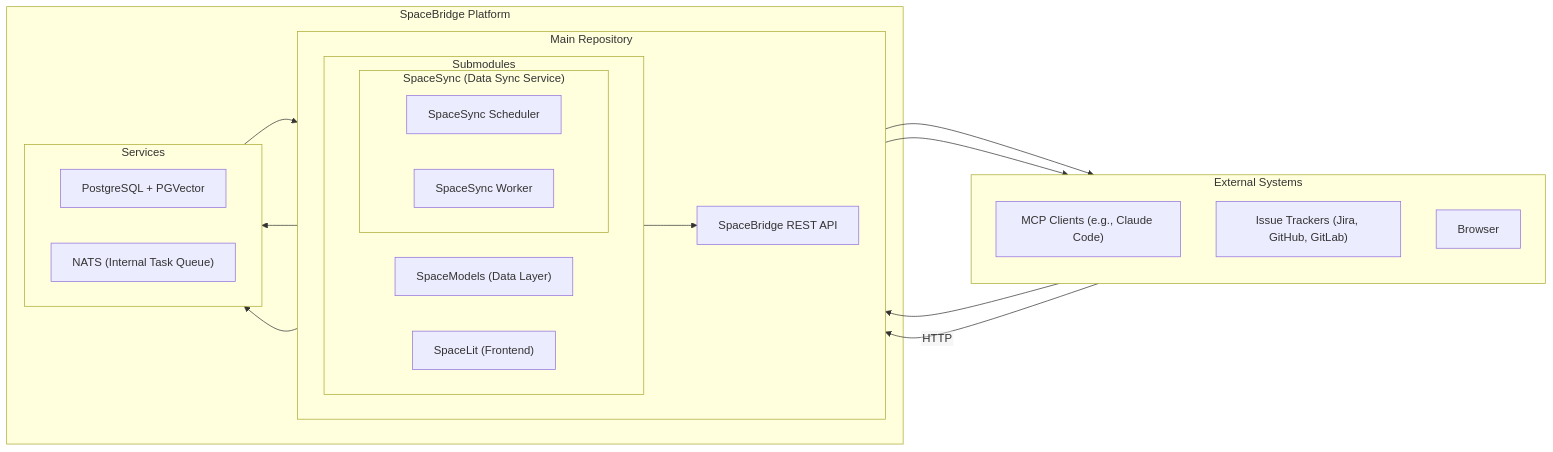
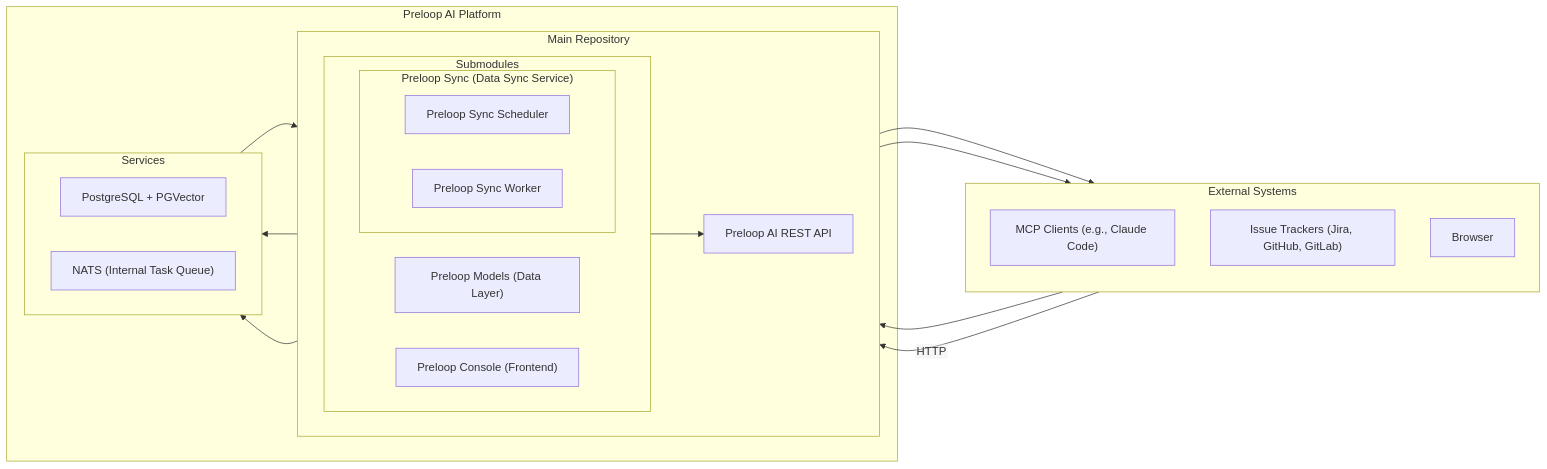
One commit to GiorgosAlexakis/preloop changed the first of 9 diagrams in ARCHITECTURE.md. Above: the diagram before and after it, drawn with Mermaid. The commit also changed other lines of this file and 819 other files, not shown here.

````diff
--- a/ARCHITECTURE.md
+++ b/ARCHITECTURE.md
@@ -9,42 +9,41 @@
 ```mermaid
 %%{init: {"flowchart": { "htmlLabels": false}} }%%
 graph LR
     subgraph "External Systems"
         direction TB
         MCP_Clients["MCP Clients (e.g., Claude Code)"]
         Issue_Trackers["Issue Trackers (Jira, GitHub, GitLab)"]
         Browser["Browser"]
     end
-    subgraph "SpaceBridge Platform"
+    subgraph "Preloop AI Platform"
         subgraph "Main Repository"
             direction LR
-            API["SpaceBridge REST API"]
-            API["SpaceBridge REST API"]
+            API["Preloop AI REST API"]
             subgraph "Submodules"
                 direction LR
-                SpaceModels["SpaceModels (Data Layer)"]
-                subgraph "SpaceSync (Data Sync Service)"
-                    Scheduler["SpaceSync Scheduler"]
-                    Worker["SpaceSync Worker"]
+                PreloopModels["Preloop Models (Data Layer)"]
+                subgraph "Preloop Sync (Data Sync Service)"
+                    Scheduler["Preloop Sync Scheduler"]
+                    Worker["Preloop Sync Worker"]
                 end
-                SpaceLit["SpaceLit (Frontend)"]
+                PreloopConsole["Preloop Console (Frontend)"]
             end
         end
         subgraph "Services"
             direction RL
             DB["PostgreSQL + PGVector"]
             NATS["NATS (Internal Task Queue)"]
         end
 
 
     end
-    Browser --> SpaceLit
-    SpaceModels --> DB
+    Browser --> PreloopConsole
+    PreloopModels --> DB
     Scheduler --> NATS
     NATS --> Worker
     Worker --> Issue_Trackers
     API --> Issue_Trackers
 
     MCP_Clients -- HTTP --> API
-    SpaceLit --> API
+    PreloopConsole --> API
 ```
````
